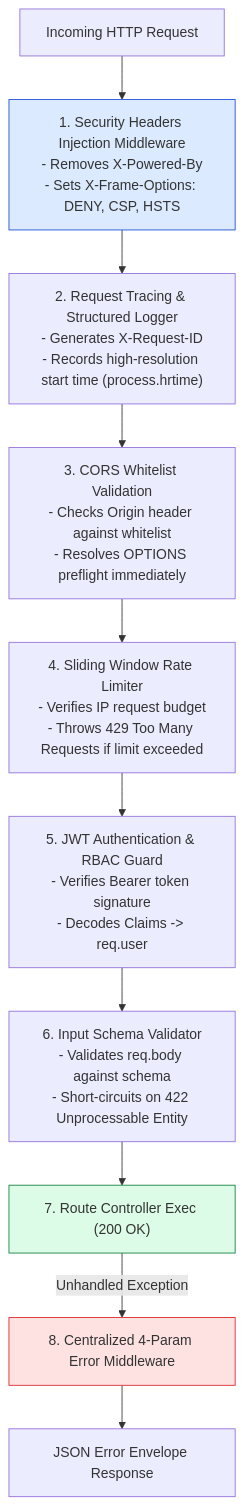
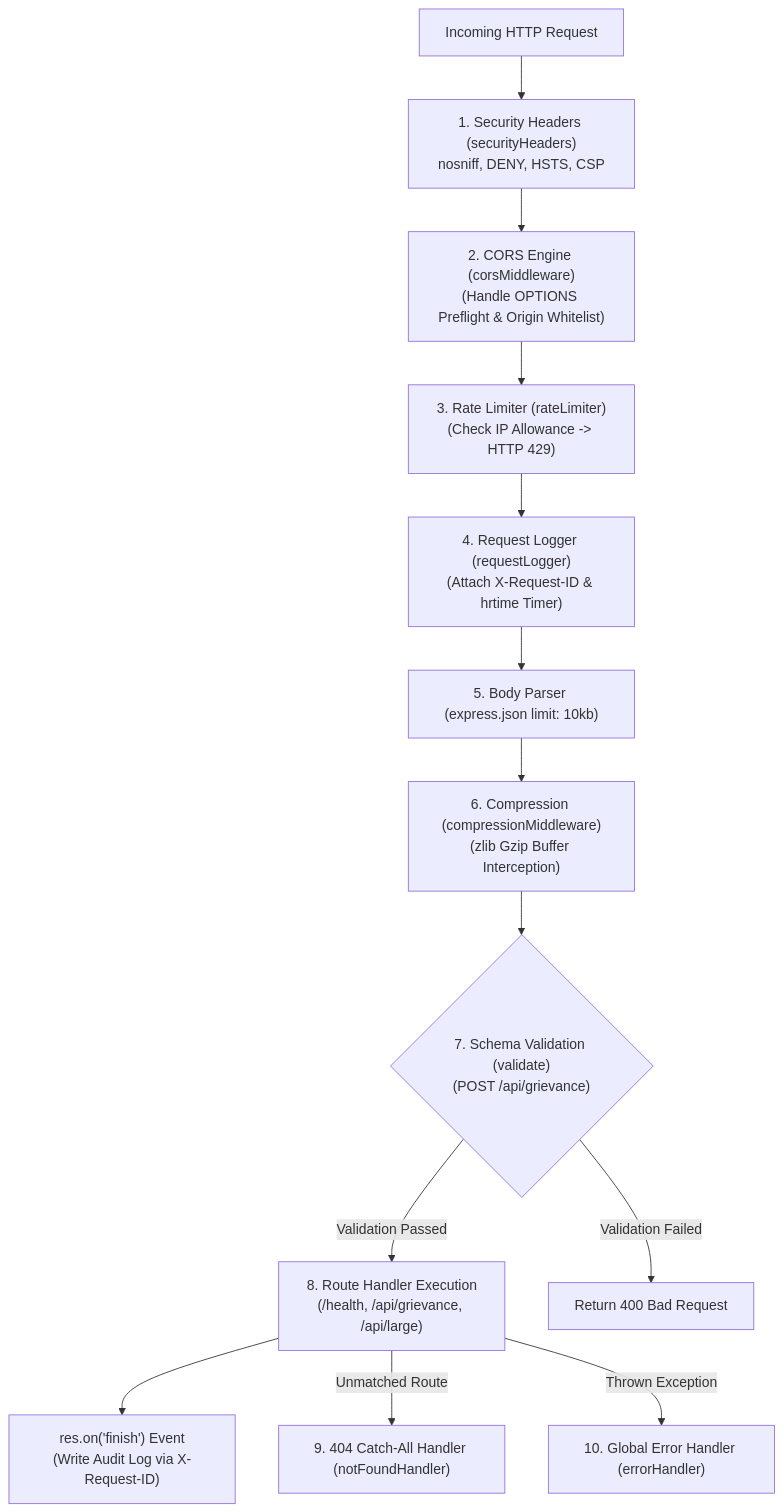
Before and after one commit to Amie-dev/engineering-playbook: the diagram in express-notes/26-project-middleware-pipeline.md, drawn with Mermaid. The commit also changed other lines of this file and 26 other files, not shown here.

First line of the commit message:
Refactor middleware pipeline architecture and API gateway design for enhanced clarity and functionality

````diff
--- a/express-notes/26-project-middleware-pipeline.md
+++ b/express-notes/26-project-middleware-pipeline.md
@@ -13,23 +7,20 @@
 ```mermaid
 flowchart TD
-    ClientReq[Incoming HTTP Request] --> M1["1. Security Headers Injection Middleware<br/>- Removes X-Powered-By<br/>- Sets X-Frame-Options: DENY, CSP, HSTS"]
-
-    M1 --> M2["2. Request Tracing & Structured Logger<br/>- Generates X-Request-ID<br/>- Records high-resolution start time (process.hrtime)"]
-
-    M2 --> M3["3. CORS Whitelist Validation<br/>- Checks Origin header against whitelist<br/>- Resolves OPTIONS preflight immediately"]
-
-    M3 --> M4["4. Sliding Window Rate Limiter<br/>- Verifies IP request budget<br/>- Throws 429 Too Many Requests if limit exceeded"]
-
-    M4 --> M5["5. JWT Authentication & RBAC Guard<br/>- Verifies Bearer token signature<br/>- Decodes Claims -> req.user"]
-
-    M5 --> M6["6. Input Schema Validator<br/>- Validates req.body against schema<br/>- Short-circuits on 422 Unprocessable Entity"]
-
-    M6 --> Controller["7. Route Controller Exec (200 OK)"]
-
-    Controller -- "Unhandled Exception" --> ErrMW["8. Centralized 4-Param Error Middleware"]
-    ErrMW --> JSONError[JSON Error Envelope Response]
-
-    style M1 fill:#dbeafe,stroke:#1d4ed8
-    style Controller fill:#dcfce7,stroke:#15803d
-    style ErrMW fill:#fee2e2,stroke:#dc2626
+    ClientReq["Incoming HTTP Request"] --> SecurityMW["1. Security Headers (securityHeaders)<br/>nosniff, DENY, HSTS, CSP"]
+    
+    SecurityMW --> CORSMW["2. CORS Engine (corsMiddleware)<br/>(Handle OPTIONS Preflight & Origin Whitelist)"]
+    CORSMW --> RateLimitMW["3. Rate Limiter (rateLimiter)<br/>(Check IP Allowance -> HTTP 429)"]
+    RateLimitMW --> LoggerMW["4. Request Logger (requestLogger)<br/>(Attach X-Request-ID & hrtime Timer)"]
+    LoggerMW --> BodyParserMW["5. Body Parser (express.json limit: 10kb)"]
+    BodyParserMW --> CompressMW["6. Compression (compressionMiddleware)<br/>(zlib Gzip Buffer Interception)"]
+    
+    CompressMW --> SchemaVal{"7. Schema Validation (validate)<br/>(POST /api/grievance)"}
+    
+    SchemaVal -->|Validation Passed| RouteHandler["8. Route Handler Execution<br/>(/health, /api/grievance, /api/large)"]
+    SchemaVal -->|Validation Failed| Err400["Return 400 Bad Request"]
+    
+    RouteHandler --> FinishEvent["res.on('finish') Event<br/>(Write Audit Log via X-Request-ID)"]
+    
+    RouteHandler -->|Unmatched Route| Fallback404["9. 404 Catch-All Handler (notFoundHandler)"]
+    RouteHandler -->|Thrown Exception| GlobalErr["10. Global Error Handler (errorHandler)"]
 ```
````
